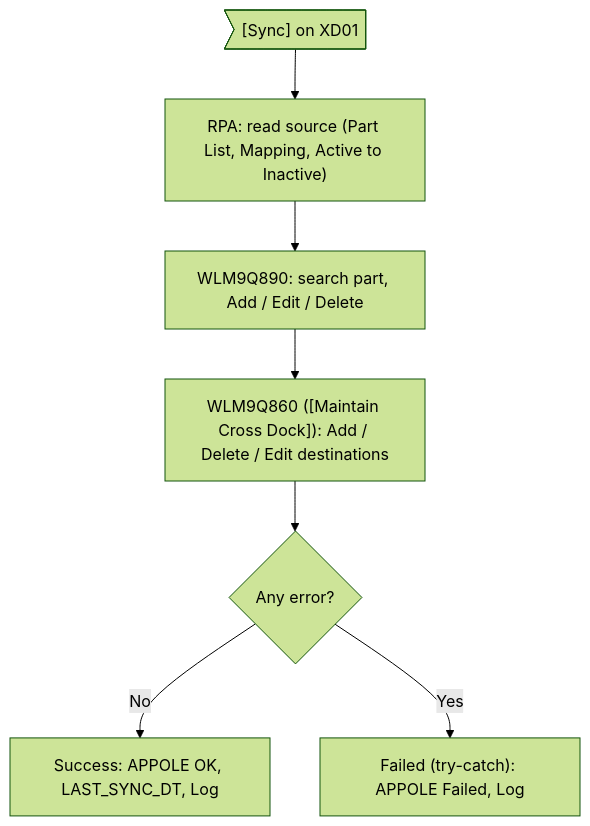
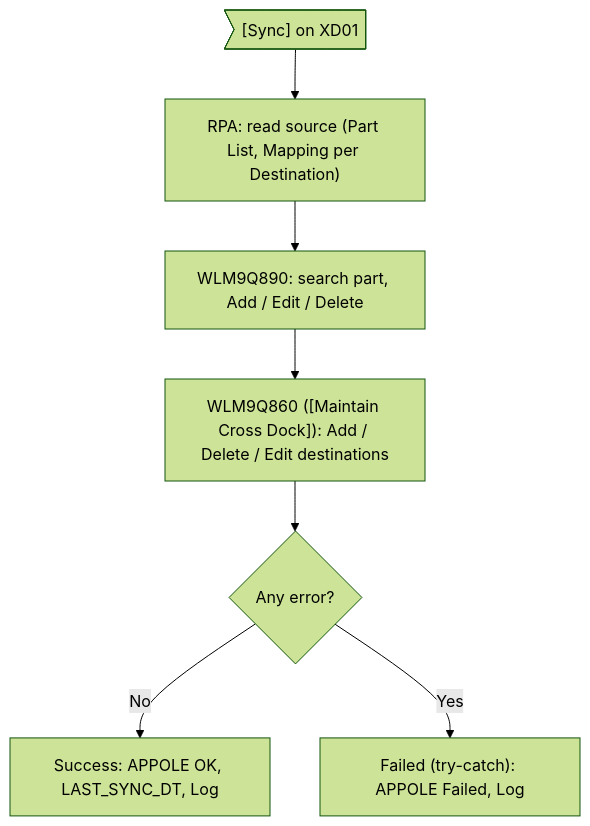
The first of 2 diagrams in prepare_code/uiss/XD07_Batch_IFCrossDockMasterToAPPOLE.md (ivanrayhannn/crossdockpoc), drawn with Mermaid (forest theme) before and after one commit. The commit also changed other lines of this file and 70 other files, not shown here.

First line of the commit message:
Remove sheet Active to Inactive: Inactive parts with No Sync / Failed are taken by [Sync] by their status

````diff
--- a/prepare_code/uiss/XD07_Batch_IFCrossDockMasterToAPPOLE.md
+++ b/prepare_code/uiss/XD07_Batch_IFCrossDockMasterToAPPOLE.md
@@ -29,16 +30,16 @@
 ```mermaid
 flowchart TB
   a>"[Sync] on XD01"]
-  b["RPA: read source (Part List, Mapping, Active to Inactive)"]
+  b["RPA: read source (Part List, Mapping per Destination)"]
   c["WLM9Q890: search part, Add / Edit / Delete"]
   d["WLM9Q860 ([Maintain Cross Dock]): Add / Delete / Edit destinations"]
   e{"Any error?"}
   f["Success: APPOLE OK, LAST_SYNC_DT, Log"]
   h["Failed (try-catch): APPOLE Failed, Log"]
   a --> b
   b --> c
   c --> d
   d --> e
   e -->|No| f
   e -->|Yes| h
 ```
````
